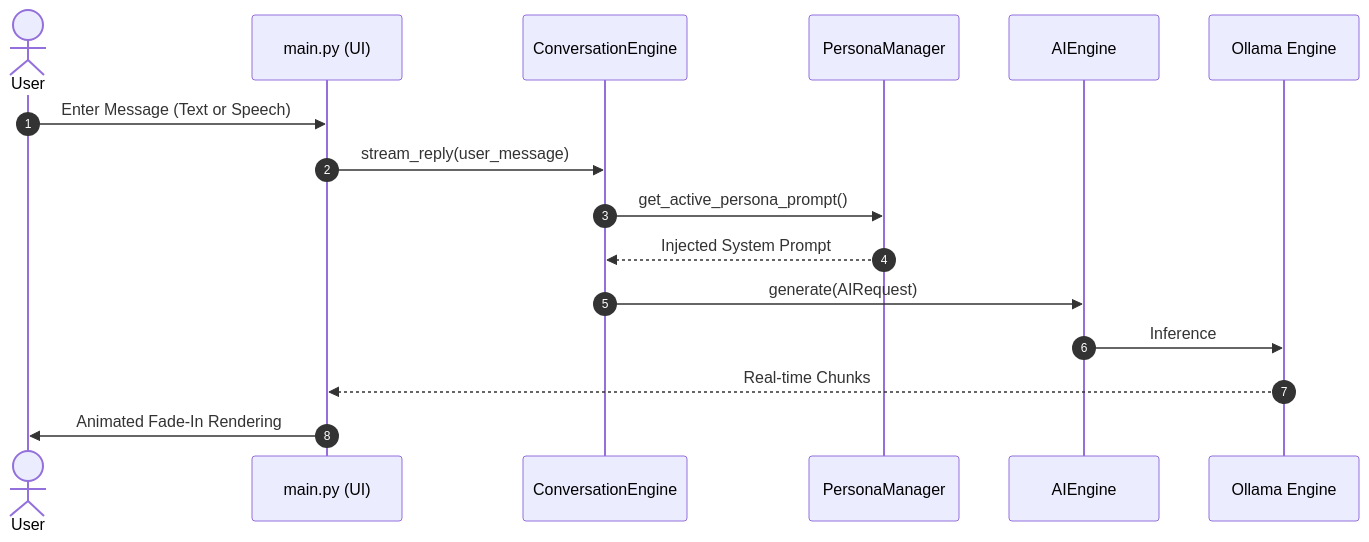
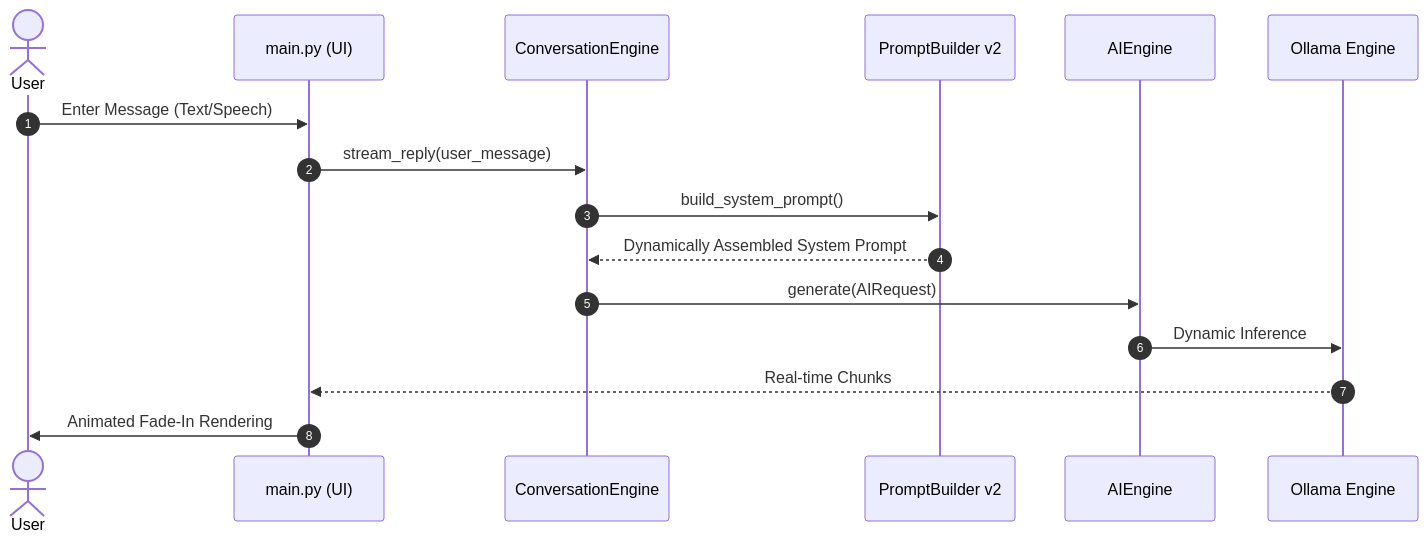
The second of 2 diagrams in README.md (Anush-Kashyap/EggMan), drawn with Mermaid before and after one commit. The commit also changed other lines of this file and 44 other files, not shown here.

Commit message:
Embedding system and prompt builder v2

````diff
--- a/README.md
+++ b/README.md
@@ -93,19 +109,19 @@
 ```mermaid
 sequenceDiagram
     autonumber
     actor User
     participant Main as main.py (UI)
     participant CE as ConversationEngine
-    participant PM as PersonaManager
+    participant PB as PromptBuilder v2
     participant AI as AIEngine
     participant OLL as Ollama Engine
 
-    User->>Main: Enter Message (Text or Speech)
+    User->>Main: Enter Message (Text/Speech)
     Main->>CE: stream_reply(user_message)
-    CE->>PM: get_active_persona_prompt()
-    PM-->>CE: Injected System Prompt
+    CE->>PB: build_system_prompt()
+    PB-->>CE: Dynamically Assembled System Prompt
     CE->>AI: generate(AIRequest)
-    AI->>OLL: Inference
+    AI->>OLL: Dynamic Inference
     OLL-->>Main: Real-time Chunks
     Main->>User: Animated Fade-In Rendering
 ```
````
